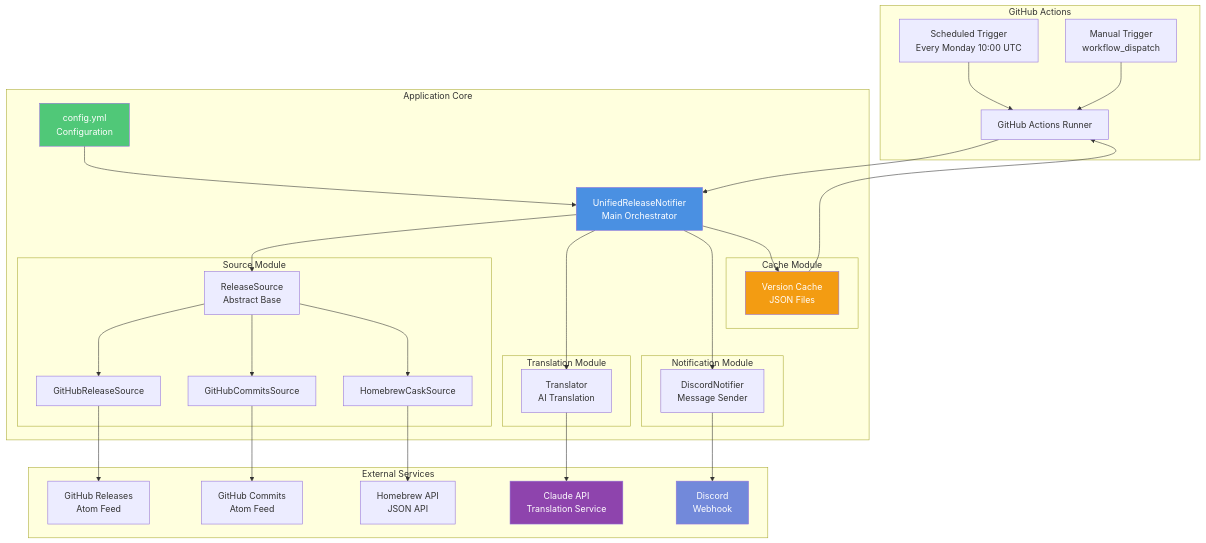
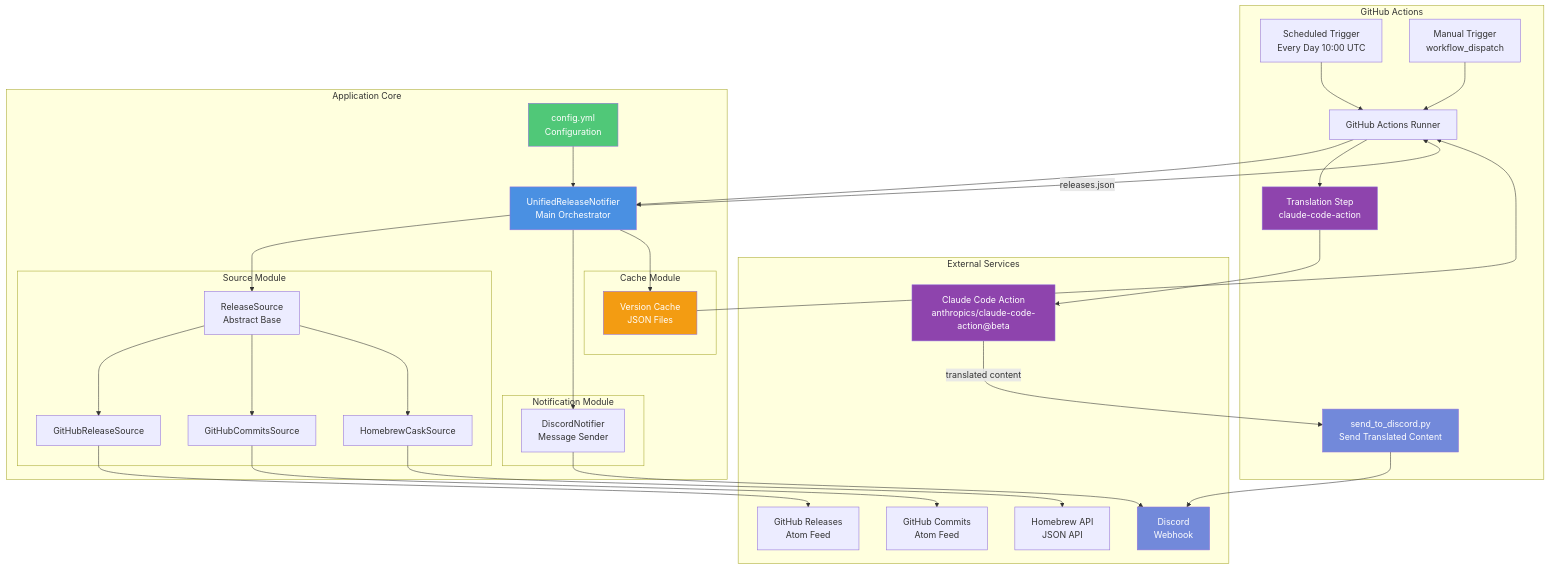
Before and after one commit to rysk-tanaka/devtools-release-notifier: the first of 5 diagrams in docs/architecture.md, drawn with Mermaid. The commit also changed other lines of this file and 4 other files, not shown here.

First line of the commit message:
docs: update all documentation to reflect GitHub Actions architecture

````diff
--- a/docs/architecture.md
+++ b/docs/architecture.md
@@ -7,69 +7,72 @@
 ```mermaid
 graph TB
     subgraph "External Services"
         GHR[GitHub Releases<br/>Atom Feed]
         GHC[GitHub Commits<br/>Atom Feed]
         HB[Homebrew API<br/>JSON API]
-        CLAUDE[Claude API<br/>Translation Service]
+        CLAUDE[Claude Code Action<br/>anthropics/claude-code-action@beta]
         DISCORD[Discord<br/>Webhook]
     end
 
     subgraph "GitHub Actions"
-        SCHEDULE[Scheduled Trigger<br/>Every Monday 10:00 UTC]
+        SCHEDULE[Scheduled Trigger<br/>Every Day 10:00 UTC]
         MANUAL[Manual Trigger<br/>workflow_dispatch]
         RUNNER[GitHub Actions Runner]
+        TRANSLATE[Translation Step<br/>claude-code-action]
+        SEND_SCRIPT[send_to_discord.py<br/>Send Translated Content]
     end
 
     subgraph "Application Core"
         MAIN[UnifiedReleaseNotifier<br/>Main Orchestrator]
         CONFIG[config.yml<br/>Configuration]
 
         subgraph "Source Module"
             SRC_BASE[ReleaseSource<br/>Abstract Base]
             SRC_GHR[GitHubReleaseSource]
             SRC_GHC[GitHubCommitsSource]
             SRC_HB[HomebrewCaskSource]
-        end
-
-        subgraph "Translation Module"
-            TRANS[Translator<br/>AI Translation]
         end
 
         subgraph "Notification Module"
             NOTIF[DiscordNotifier<br/>Message Sender]
         end
 
         subgraph "Cache Module"
             CACHE[Version Cache<br/>JSON Files]
         end
     end
 
     SCHEDULE --> RUNNER
     MANUAL --> RUNNER
     RUNNER --> MAIN
 
     CONFIG --> MAIN
     MAIN --> SRC_BASE
     SRC_BASE --> SRC_GHR
     SRC_BASE --> SRC_GHC
     SRC_BASE --> SRC_HB
 
     SRC_GHR --> GHR
     SRC_GHC --> GHC
     SRC_HB --> HB
 
-    MAIN --> TRANS
-    TRANS --> CLAUDE
+    MAIN -->|releases.json| RUNNER
+    RUNNER --> TRANSLATE
+    TRANSLATE --> CLAUDE
+    CLAUDE -->|translated content| SEND_SCRIPT
+    SEND_SCRIPT --> DISCORD
 
     MAIN --> NOTIF
     NOTIF --> DISCORD
 
     MAIN --> CACHE
     CACHE --> RUNNER
 
     style MAIN fill:#4a90e2,color:#fff
     style CONFIG fill:#50c878,color:#fff
     style CACHE fill:#f39c12,color:#fff
     style CLAUDE fill:#8e44ad,color:#fff
     style DISCORD fill:#7289da,color:#fff
+    style TRANSLATE fill:#8e44ad,color:#fff
+    style SEND_SCRIPT fill:#7289da,color:#fff
 ```
````
